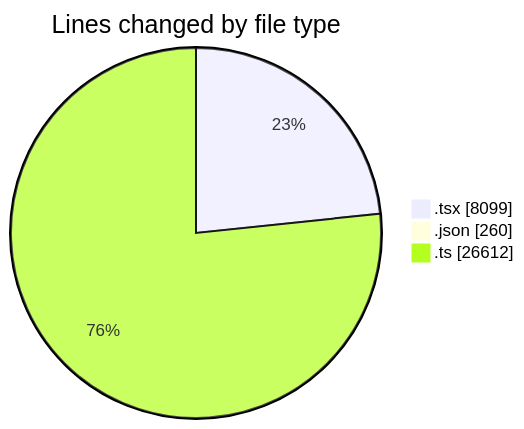
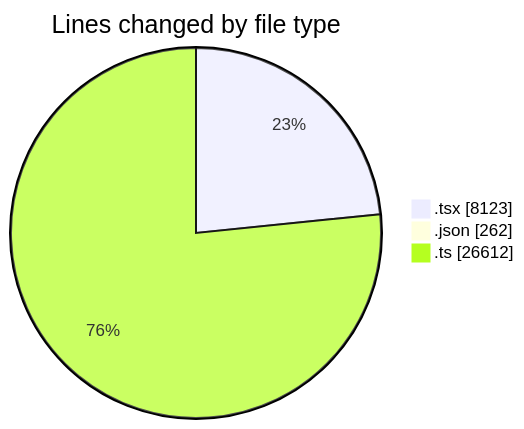
One commit to momahboobian/code-tracking changed the first of 2 diagrams in 2026-11-13/broadcaster-v6-feature/README.md. Above: the diagram before and after it, drawn with Mermaid. The commit also changed other lines of this file and 1 other file, not shown here.

````diff
--- a/2026-11-13/broadcaster-v6-feature/README.md
+++ b/2026-11-13/broadcaster-v6-feature/README.md
@@ -54,7 +54,7 @@
 ```mermaid
 pie showData
 title Lines changed by file type
-".tsx" : 8099
-".json" : 260
+".tsx" : 8123
+".json" : 262
 ".ts" : 26612
 ```
````
